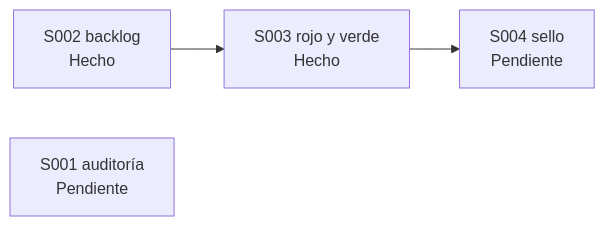
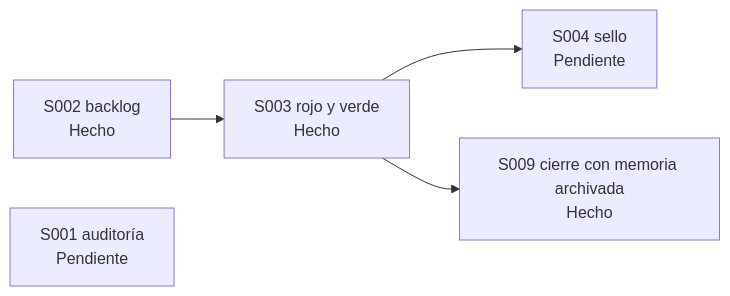
Before and after one commit to jliberal-aquas/aquas-central-harness-government: the third of 3 diagrams in docs/E001/F002/README.md, drawn with Mermaid. The commit also changed other lines of this file and 8 other files, not shown here.

First line of the commit message:
Cerrar un slice exige su memoria archivada (E001/F002/S009)

````diff
--- a/docs/E001/F002/README.md
+++ b/docs/E001/F002/README.md
@@ -109,6 +111,7 @@
 ```mermaid
 flowchart LR
     S2["S002 backlog<br/>Hecho"] --> S3["S003 rojo y verde<br/>Hecho"]
     S3 --> S4["S004 sello<br/>Pendiente"]
+    S3 --> S9["S009 cierre con memoria archivada<br/>Hecho"]
     S1["S001 auditoría<br/>Pendiente"]
 ```
````
